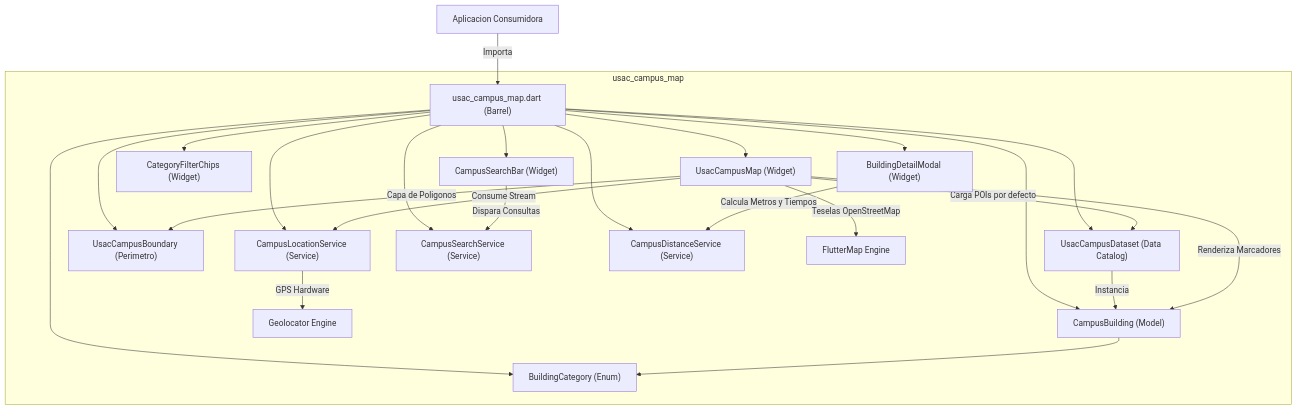
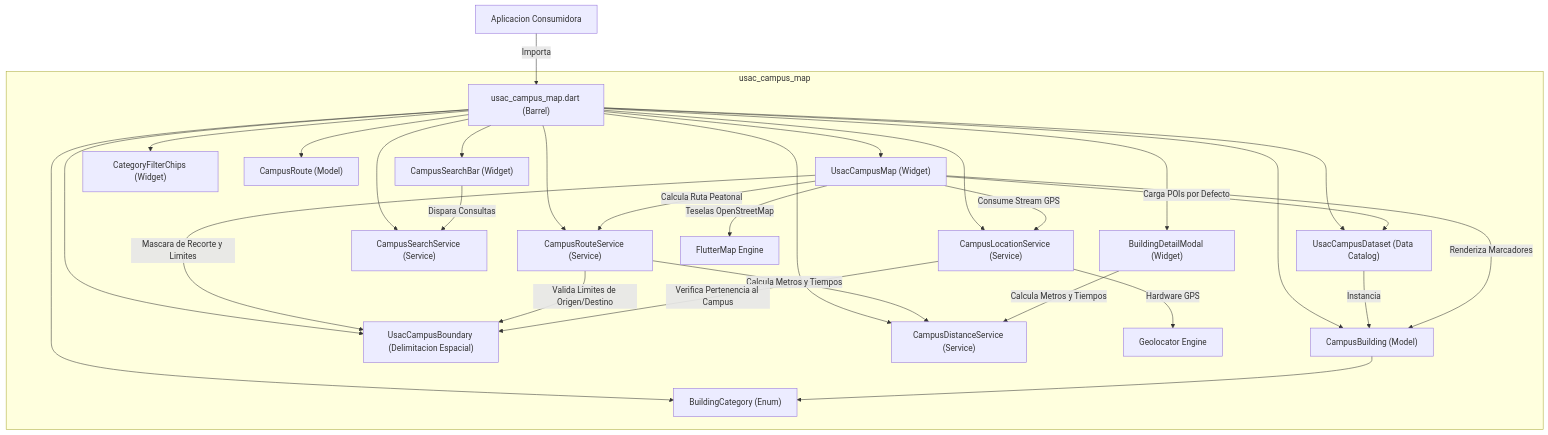
Before and after one commit to Trebol4Devop/usac_campus_map: the first of 4 diagrams in README.md, drawn with Mermaid. The commit also changed other lines of this file, not shown here.

Commit message:
docs(readme): expand technical documentation and system diagrams for routing and map clipping

````diff
--- a/README.md
+++ b/README.md
@@ -104,29 +118,35 @@
 ```mermaid
 graph TD
     ClientApp["Aplicacion Consumidora"] -->|Importa| Barrel["usac_campus_map.dart (Barrel)"]
     
     subgraph usac_campus_map
         Barrel --> UsacMapWidget["UsacCampusMap (Widget)"]
         Barrel --> SearchBarWidget["CampusSearchBar (Widget)"]
         Barrel --> ChipsWidget["CategoryFilterChips (Widget)"]
         Barrel --> ModalWidget["BuildingDetailModal (Widget)"]
         Barrel --> BuildingModel["CampusBuilding (Model)"]
         Barrel --> CategoryEnum["BuildingCategory (Enum)"]
+        Barrel --> RouteModel["CampusRoute (Model)"]
         Barrel --> Dataset["UsacCampusDataset (Data Catalog)"]
-        Barrel --> Boundary["UsacCampusBoundary (Perimetro)"]
+        Barrel --> Boundary["UsacCampusBoundary (Delimitacion Espacial)"]
         Barrel --> LocationSvc["CampusLocationService (Service)"]
         Barrel --> SearchSvc["CampusSearchService (Service)"]
         Barrel --> DistanceSvc["CampusDistanceService (Service)"]
+        Barrel --> RouteSvc["CampusRouteService (Service)"]
         
-        UsacMapWidget -->|Consume Stream| LocationSvc
-        UsacMapWidget -->|Carga POIs por defecto| Dataset
-        UsacMapWidget -->|Capa de Poligonos| Boundary
+        UsacMapWidget -->|Consume Stream GPS| LocationSvc
+        UsacMapWidget -->|Carga POIs por Defecto| Dataset
+        UsacMapWidget -->|Mascara de Recorte y Limites| Boundary
+        UsacMapWidget -->|Calcula Ruta Peatonal| RouteSvc
+        RouteSvc -->|Calcula Metros y Tiempos| DistanceSvc
+        RouteSvc -->|Valida Limites de Origen/Destino| Boundary
         Dataset -->|Instancia| BuildingModel
         BuildingModel --> CategoryEnum
         UsacMapWidget -->|Renderiza Marcadores| BuildingModel
         ModalWidget -->|Calcula Metros y Tiempos| DistanceSvc
         SearchBarWidget -->|Dispara Consultas| SearchSvc
-        LocationSvc -->|GPS Hardware| GeolocatorPlugin["Geolocator Engine"]
+        LocationSvc -->|Verifica Pertenencia al Campus| Boundary
+        LocationSvc -->|Hardware GPS| GeolocatorPlugin["Geolocator Engine"]
         UsacMapWidget -->|Teselas OpenStreetMap| FlutterMapEngine["FlutterMap Engine"]
     end
 ```
````
